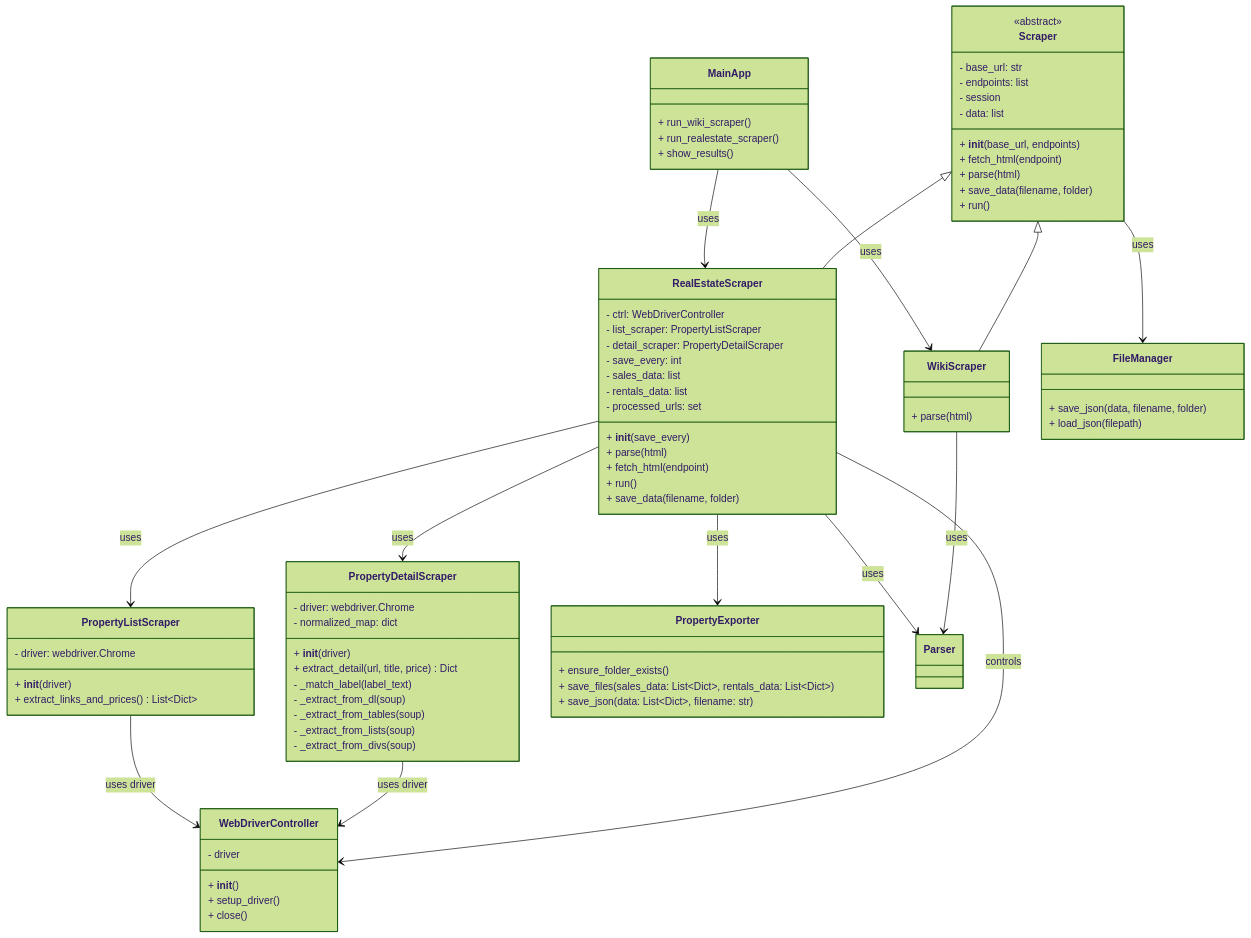
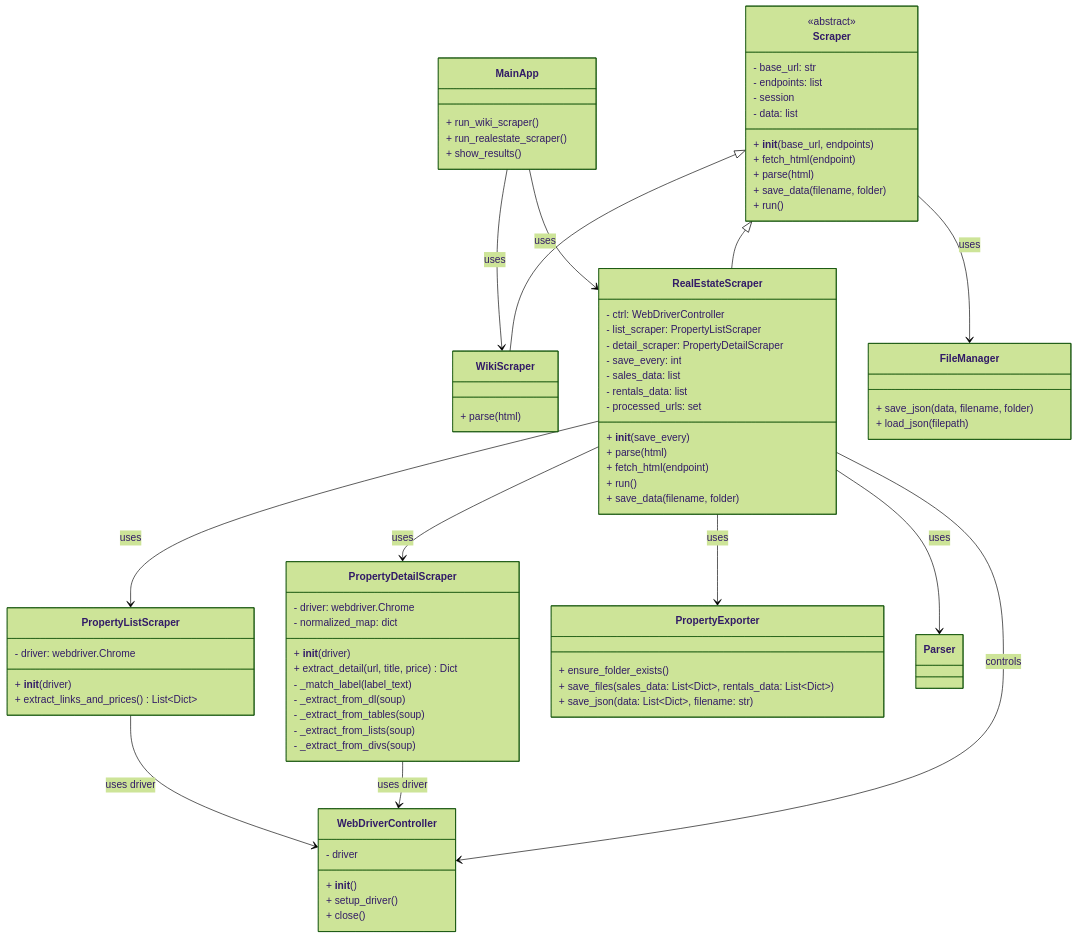
The diagram in README.md (NicolasFelipeLuisCastillo/project_webscraper), drawn with Mermaid (forest theme) before and after one commit.

Commit message:
Remove commented sections from class diagram in README

```diff
--- a/README.md
+++ b/README.md
@@ -29,7 +29,6 @@
 classDiagram
 direction TB
 
-%% ==== CLASE BASE ====
 class Scraper {
     <<abstract>>
     - base_url: str
@@ -43,7 +42,6 @@
     + run()
 }
 
-%% ==== SUBCLASES ====
 class WikiScraper {
     + parse(html)
 }
@@ -111,7 +109,6 @@
 
 MainApp --> WikiScraper : uses
 MainApp --> RealEstateScraper : uses
-WikiScraper --> Parser : uses
 RealEstateScraper --> Parser : uses
 Scraper --> FileManager : uses
 
```
